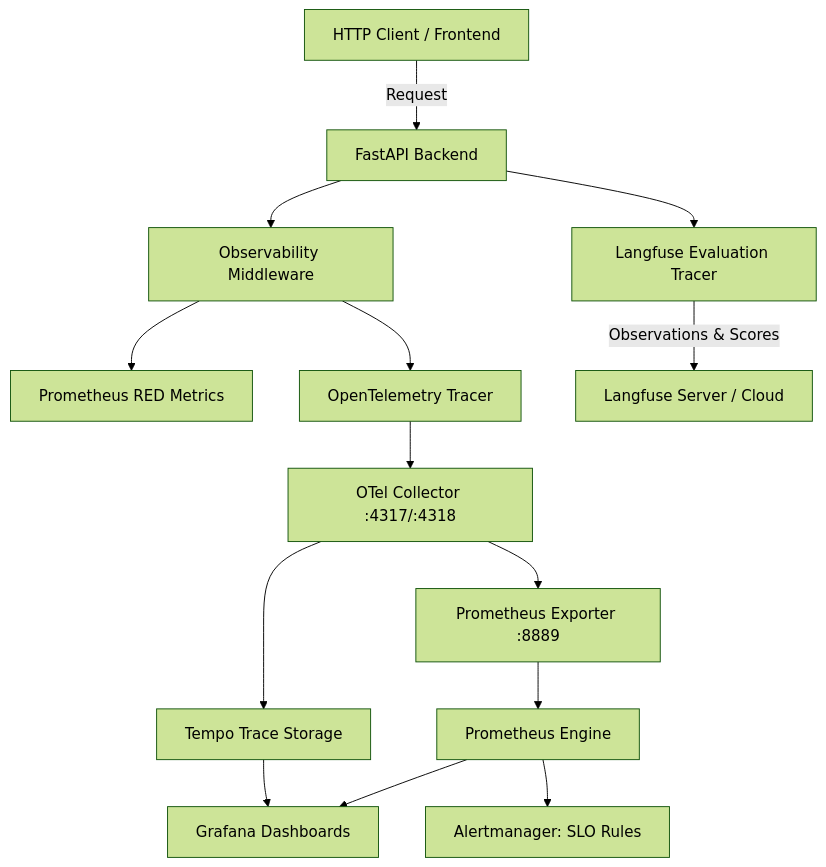
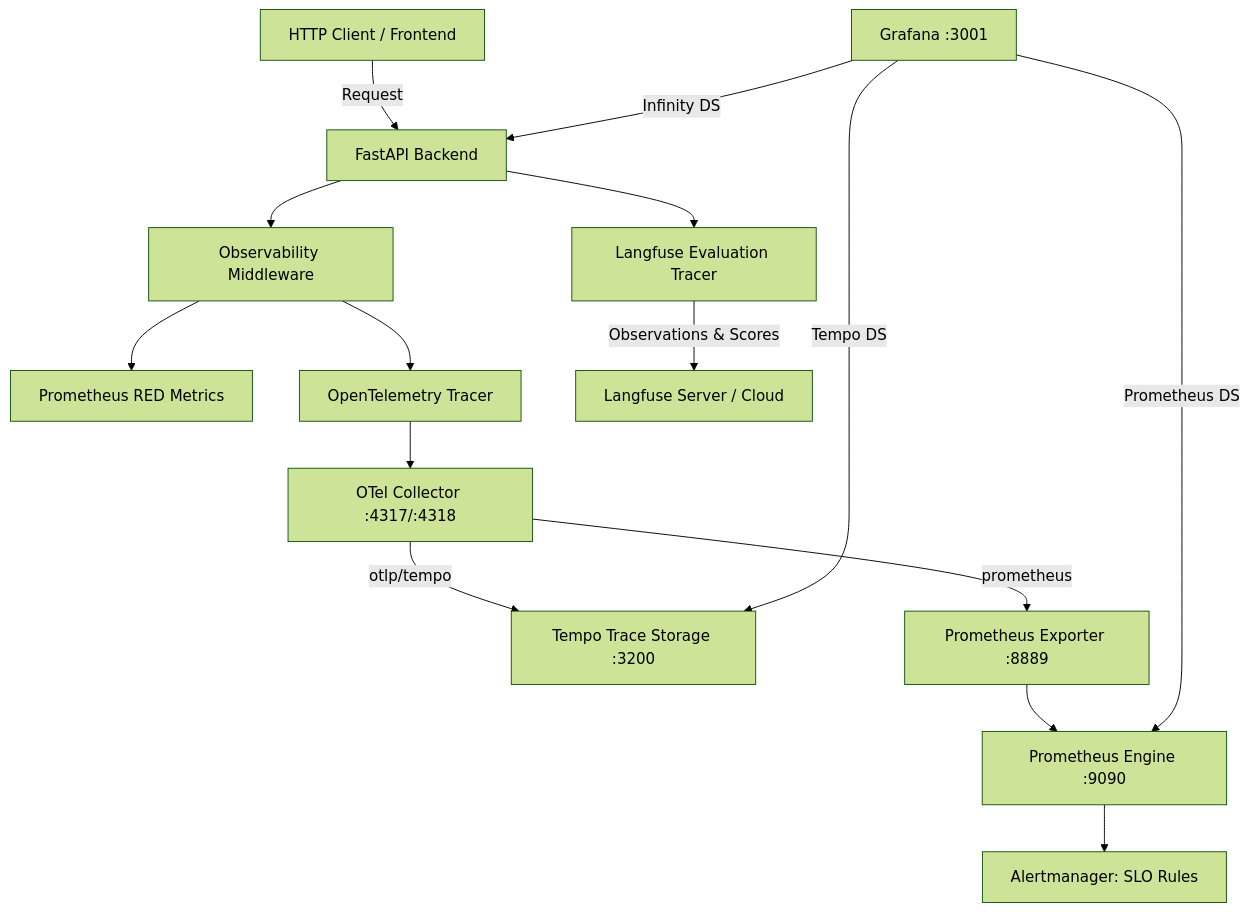
Before and after one commit to Devigget/production-level-rag: the diagram in specs/06-evaluation-and-observability.md, drawn with Mermaid (forest theme). The commit also changed other lines of this file and 26 other files, not shown here.

````diff
--- a/specs/06-evaluation-and-observability.md
+++ b/specs/06-evaluation-and-observability.md
@@ -71,20 +85,22 @@
 ```mermaid
 graph TD
     Client[HTTP Client / Frontend] -->|Request| FastAPI[FastAPI Backend]
     
     FastAPI --> Middleware[Observability Middleware]
     Middleware --> MetricsRegistry[Prometheus RED Metrics]
     Middleware --> OTelTracer[OpenTelemetry Tracer]
     
     OTelTracer --> Collector[OTel Collector :4317/:4318]
-    Collector --> Tempo[Tempo Trace Storage]
-    Collector --> PromExport[Prometheus Exporter :8889]
+    Collector -->|otlp/tempo| Tempo[Tempo Trace Storage :3200]
+    Collector -->|prometheus| PromExport[Prometheus Exporter :8889]
     
-    PromExport --> Prometheus[Prometheus Engine]
+    PromExport --> Prometheus[Prometheus Engine :9090]
     Prometheus --> Alerts[Alertmanager: SLO Rules]
     
     FastAPI --> LangfuseTracer[Langfuse Evaluation Tracer]
     LangfuseTracer -->|Observations & Scores| LangfuseCloud[Langfuse Server / Cloud]
     
-    Tempo & Prometheus --> Grafana[Grafana Dashboards]
+    Grafana[Grafana :3001] -->|Prometheus DS| Prometheus
+    Grafana -->|Tempo DS| Tempo
+    Grafana -->|Infinity DS| FastAPI
 ```
````
